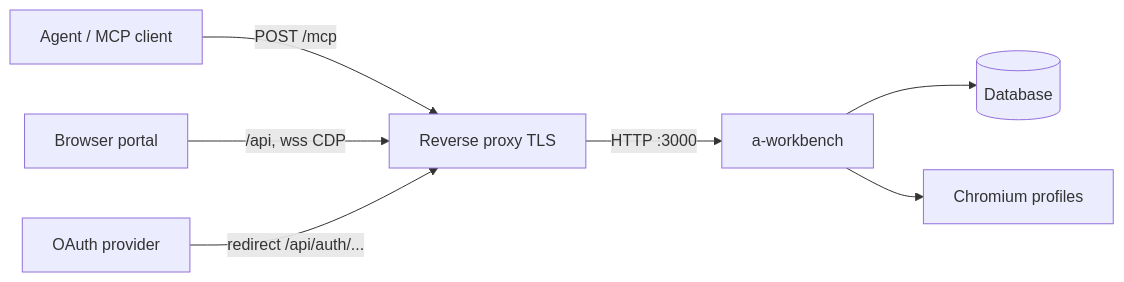
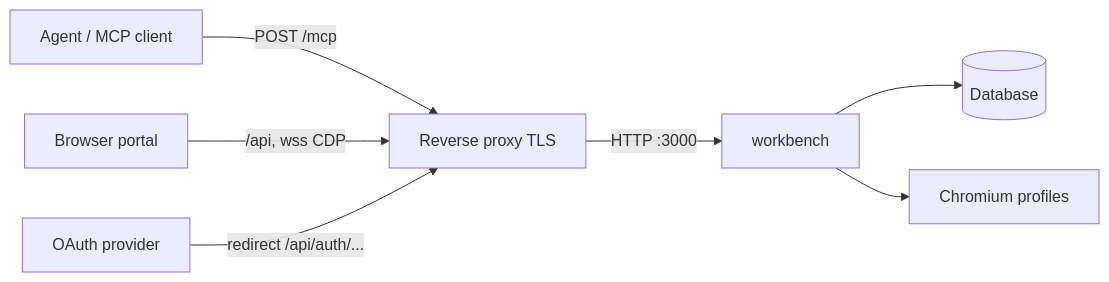
The diagram in docs/site/_content/deploy/docker.md (barockok/workbench), drawn with Mermaid before and after one commit. The commit also changed other lines of this file and 101 other files, not shown here.

````diff
--- a/docs/site/_content/deploy/docker.md
+++ b/docs/site/_content/deploy/docker.md
@@ -175,9 +175,9 @@
 ```mermaid
 flowchart LR
   A[Agent / MCP client] -->|POST /mcp| P[Reverse proxy TLS]
   B[Browser portal] -->|/api, wss CDP| P
   C[OAuth provider] -->|redirect /api/auth/...| P
-  P -->|HTTP :3000| S[a-workbench]
+  P -->|HTTP :3000| S[workbench]
   S --> D[(Database)]
   S --> X[Chromium profiles]
 ```
````
